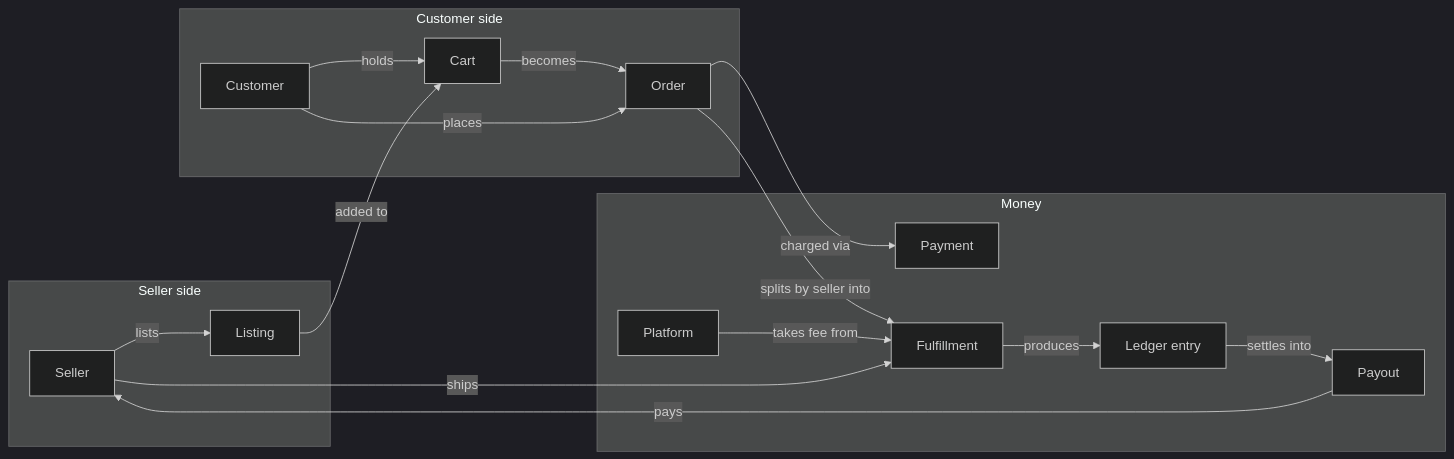
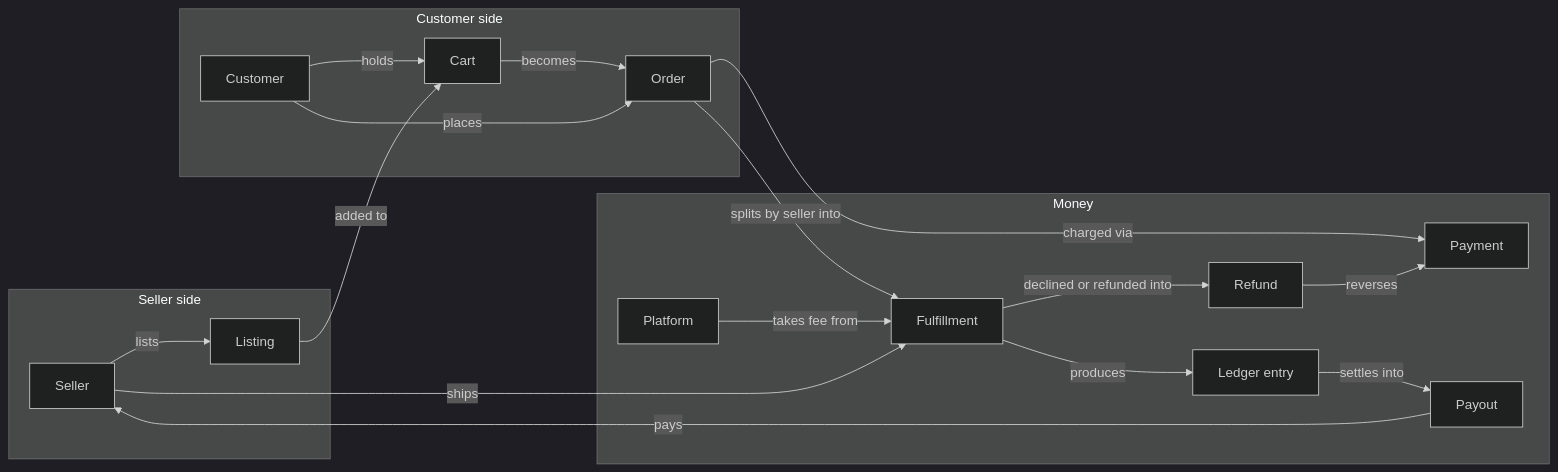
Before and after one commit to jonathan-beebe/art-store: the diagram in prototype/php/docs/ontology.md, drawn with Mermaid (dark theme). The commit also changed other lines of this file and 461 other files, not shown here.

````diff
--- a/prototype/php/docs/ontology.md
+++ b/prototype/php/docs/ontology.md
@@ -13,32 +13,35 @@
 ```mermaid
 flowchart LR
     subgraph sellerSide["Seller side"]
         seller["Seller"]
         listing["Listing"]
     end
     subgraph customerSide["Customer side"]
         customer["Customer"]
         cart["Cart"]
         order["Order"]
     end
     subgraph moneySide["Money"]
         platform["Platform"]
         payment["Payment"]
+        refund["Refund"]
         fulfillment["Fulfillment"]
         ledger["Ledger entry"]
         payout["Payout"]
     end
 
     seller -->|"lists"| listing
     listing -->|"added to"| cart
     customer -->|"holds"| cart
     cart -->|"becomes"| order
     customer -->|"places"| order
     order -->|"charged via"| payment
     order -->|"splits by seller into"| fulfillment
     seller -->|"ships"| fulfillment
+    fulfillment -->|"declined or refunded into"| refund
+    refund -->|"reverses"| payment
     fulfillment -->|"produces"| ledger
     platform -->|"takes fee from"| fulfillment
     ledger -->|"settles into"| payout
     payout -->|"pays"| seller
 ```
````
